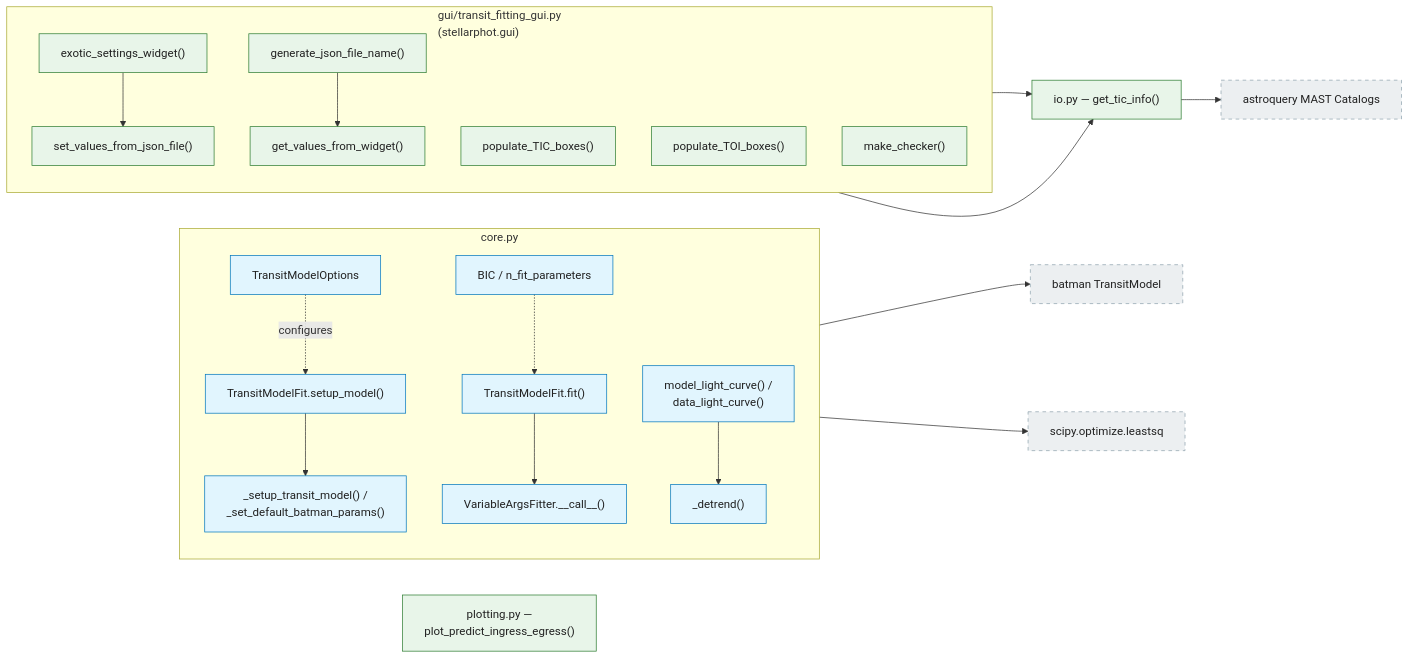
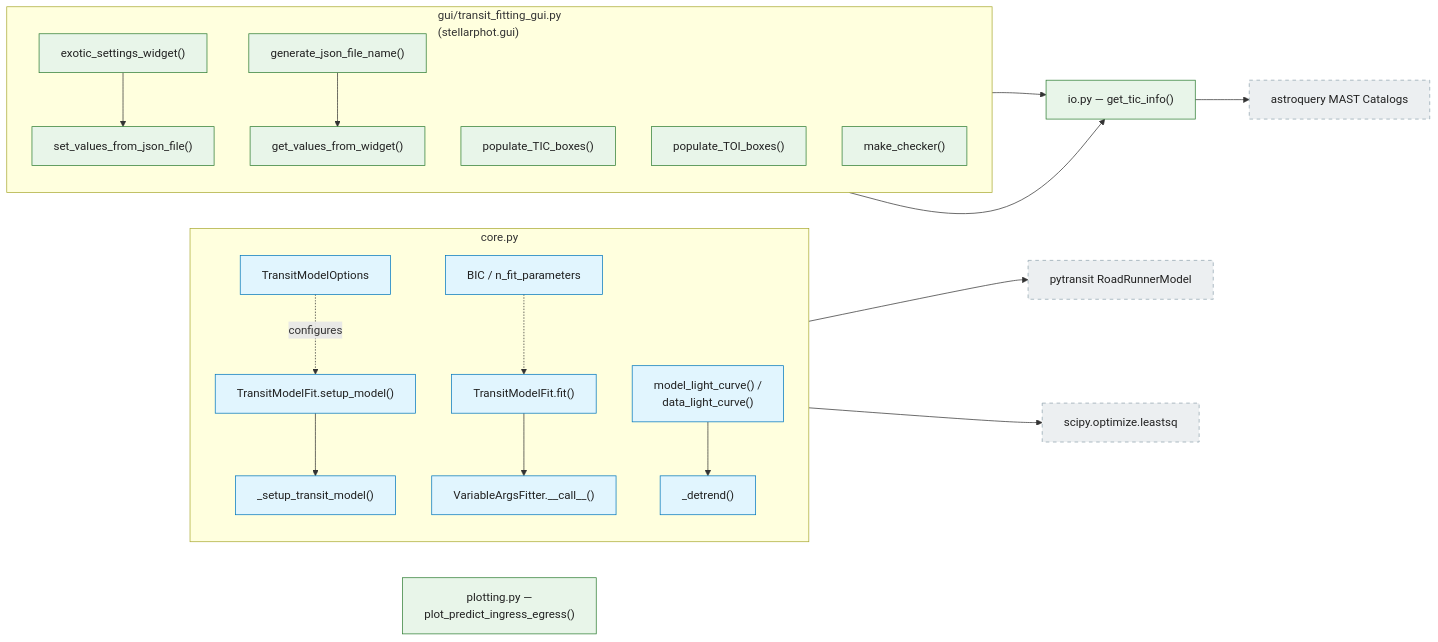
Before and after one commit to feder-observatory/stellarphot: diagram 11 of 16 in docs/diagrams-04-call-graphs.md, drawn with Mermaid. The commit also changed 12 other files, not shown here.

First line of the commit message:
Replace batman-package with pytransit for transit fitting

````diff
--- a/docs/diagrams-04-call-graphs.md
+++ b/docs/diagrams-04-call-graphs.md
@@ -623,68 +623,68 @@
 ```mermaid
 flowchart LR
     classDef cls fill:#e1f5fe,stroke:#0277bd,color:#212121
     classDef fn fill:#e8f5e9,stroke:#2e7d32,color:#212121
     classDef external fill:#eceff1,stroke:#90a4ae,stroke-dasharray: 5 5,color:#212121
 
     subgraph sg_core["core.py"]
         direction TB
         tmf_setup["TransitModelFit.setup_model()"]:::cls
-        tmf_internal["_setup_transit_model() /<br/>_set_default_batman_params()"]:::cls
+        tmf_internal["_setup_transit_model()"]:::cls
         tmf_fit["TransitModelFit.fit()"]:::cls
         tmf_lc["model_light_curve() /<br/>data_light_curve()"]:::cls
         tmf_detrend["_detrend()"]:::cls
         tmf_bic["BIC / n_fit_parameters"]:::cls
         fitter["VariableArgsFitter.__call__()"]:::cls
         opts["TransitModelOptions"]:::cls
     end
 
     subgraph sg_gui["gui/transit_fitting_gui.py<br/>(stellarphot.gui)"]
         direction TB
         exotic["exotic_settings_widget()"]:::fn
         pop_tic["populate_TIC_boxes()"]:::fn
         pop_toi["populate_TOI_boxes()"]:::fn
         checker["make_checker()"]:::fn
         getvals["get_values_from_widget()"]:::fn
         genjson["generate_json_file_name()"]:::fn
         setjson["set_values_from_json_file()"]:::fn
     end
 
     gettic["io.py — get_tic_info()"]:::fn
     ingress["plotting.py —<br/>plot_predict_ingress_egress()"]:::fn
 
-    batman["batman TransitModel"]:::external
+    batman["pytransit RoadRunnerModel"]:::external
     leastsq["scipy.optimize.leastsq"]:::external
     mast["astroquery MAST Catalogs"]:::external
 
     tmf_setup --> tmf_internal
     tmf_internal --> batman
     tmf_fit --> fitter
     fitter --> leastsq
     tmf_lc --> tmf_detrend
     tmf_bic -.-> tmf_fit
     opts -.->|"configures"| tmf_setup
 
     checker --> gettic
     pop_tic --> gettic
     exotic --> setjson
     genjson --> getvals
     gettic --> mast
 
     click tmf_setup href "../stellarphot/transit_fitting/core.py" "transit_fitting/core.py"
     click tmf_internal href "../stellarphot/transit_fitting/core.py" "transit_fitting/core.py"
     click tmf_fit href "../stellarphot/transit_fitting/core.py" "transit_fitting/core.py"
     click tmf_lc href "../stellarphot/transit_fitting/core.py" "transit_fitting/core.py"
     click tmf_detrend href "../stellarphot/transit_fitting/core.py" "transit_fitting/core.py"
     click tmf_bic href "../stellarphot/transit_fitting/core.py" "transit_fitting/core.py"
     click fitter href "../stellarphot/transit_fitting/core.py" "transit_fitting/core.py"
     click opts href "../stellarphot/transit_fitting/core.py" "transit_fitting/core.py"
     click exotic href "../stellarphot/gui/transit_fitting_gui.py" "gui/transit_fitting_gui.py"
     click pop_tic href "../stellarphot/gui/transit_fitting_gui.py" "gui/transit_fitting_gui.py"
     click pop_toi href "../stellarphot/gui/transit_fitting_gui.py" "gui/transit_fitting_gui.py"
     click checker href "../stellarphot/gui/transit_fitting_gui.py" "gui/transit_fitting_gui.py"
     click getvals href "../stellarphot/gui/transit_fitting_gui.py" "gui/transit_fitting_gui.py"
     click genjson href "../stellarphot/gui/transit_fitting_gui.py" "gui/transit_fitting_gui.py"
     click setjson href "../stellarphot/gui/transit_fitting_gui.py" "gui/transit_fitting_gui.py"
     click gettic href "../stellarphot/transit_fitting/io.py" "transit_fitting/io.py"
     click ingress href "../stellarphot/transit_fitting/plotting.py" "transit_fitting/plotting.py"
 ```
````
